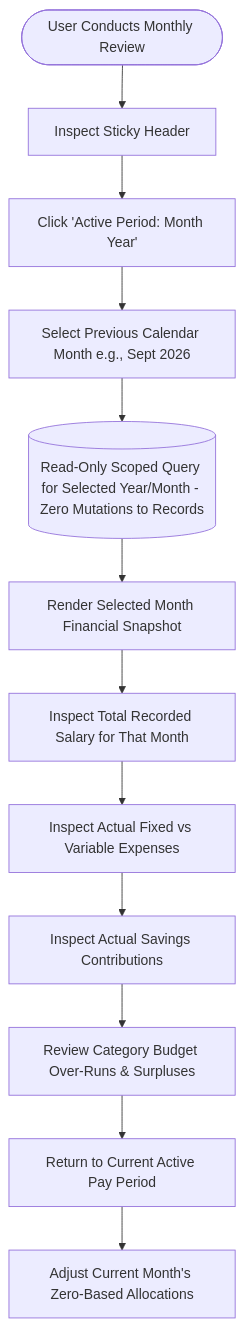
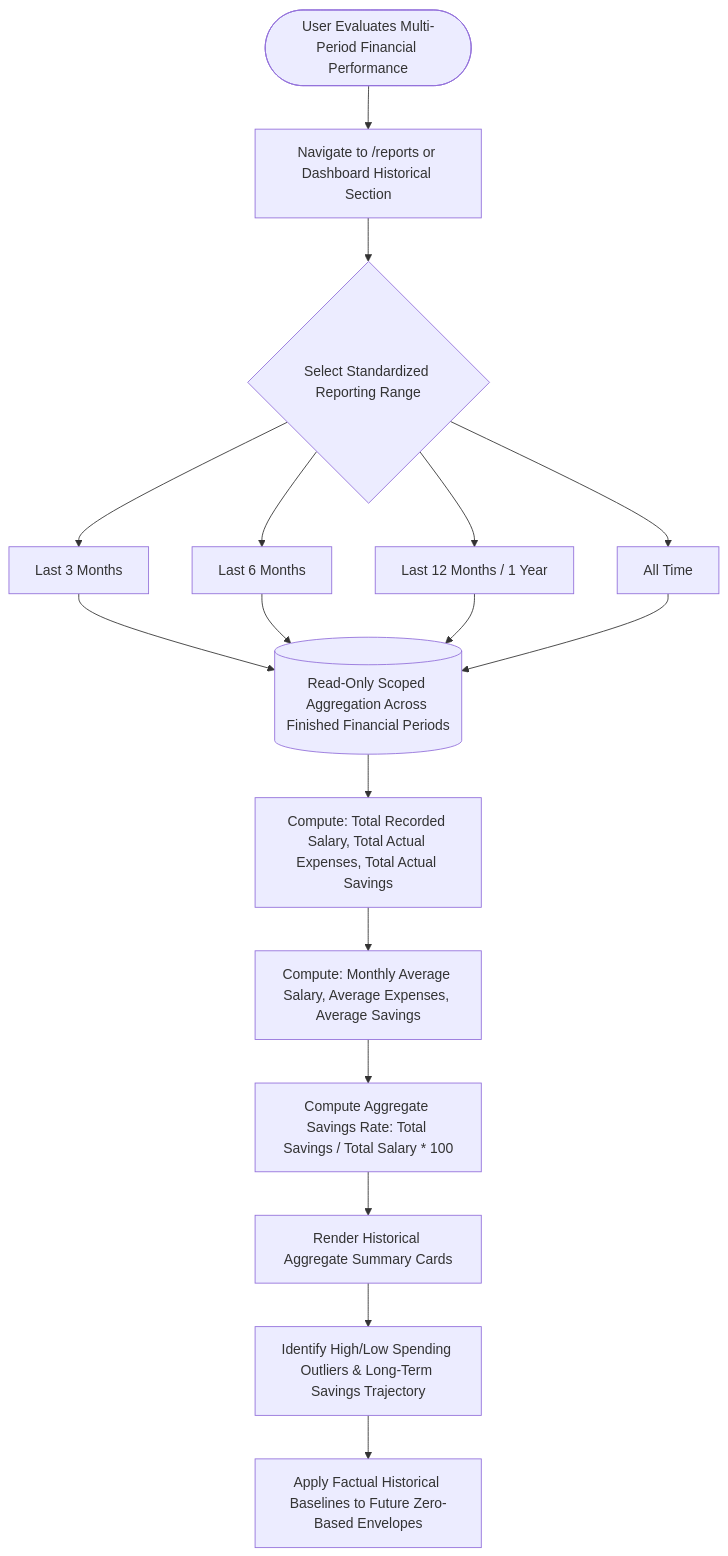
One commit to zainrubi/Fintrack changed the sixth of 6 diagrams in docs/phase-2-information-architecture-and-user-flows.md. Above: the diagram before and after it, drawn with Mermaid. The commit also changed other lines of this file, not shown here.

````diff
--- a/docs/phase-2-information-architecture-and-user-flows.md
+++ b/docs/phase-2-information-architecture-and-user-flows.md
@@ -266,17 +321,19 @@
 ```mermaid
 flowchart TD
-    Review([User Conducts Monthly Review]) --> OpenHeader[Inspect Sticky Header]
-    OpenHeader --> ClickPeriodSwitcher[Click 'Active Period: Month Year']
-    ClickPeriodSwitcher --> SelectPriorMonth[Select Previous Calendar Month e.g., Sept 2026]
+    HistoricalAudit([User Evaluates Multi-Period Financial Performance]) --> OpenReports[Navigate to /reports or Dashboard Historical Section]
+    OpenReports --> SelectReportingRange{Select Standardized Reporting Range}
 
-    SelectPriorMonth --> FetchPeriodData[(Read-Only Scoped Query for Selected Year/Month - Zero Mutations to Records)]
-    FetchPeriodData --> RenderPastDashboard[Render Selected Month Financial Snapshot]
+    SelectReportingRange --> Range3M[Last 3 Months]
+    SelectReportingRange --> Range6M[Last 6 Months]
+    SelectReportingRange --> Range12M[Last 12 Months / 1 Year]
+    SelectReportingRange --> RangeAll[All Time]
 
-    RenderPastDashboard --> AuditInflow[Inspect Total Recorded Salary for That Month]
-    AuditInflow --> AuditOutflows[Inspect Actual Fixed vs Variable Expenses]
-    AuditOutflows --> AuditSavings[Inspect Actual Savings Contributions]
-    AuditSavings --> AuditVariance[Review Category Budget Over-Runs & Surpluses]
-    
-    AuditVariance --> SwitchToActive[Return to Current Active Pay Period]
-    SwitchToActive --> ApplyLessons[Adjust Current Month's Zero-Based Allocations]
+    Range3M & Range6M & Range12M & RangeAll --> QueryPeriods[(Read-Only Scoped Aggregation Across Finished Financial Periods)]
+    QueryPeriods --> ComputeTotals[Compute: Total Recorded Salary, Total Actual Expenses, Total Actual Savings]
+    ComputeTotals --> ComputeAverages[Compute: Monthly Average Salary, Average Expenses, Average Savings]
+    ComputeAverages --> ComputeSavingsRate[Compute Aggregate Savings Rate: Total Savings / Total Salary * 100]
+
+    ComputeSavingsRate --> RenderSummaryCards[Render Historical Aggregate Summary Cards]
+    RenderSummaryCards --> EvaluateTrends[Identify High/Low Spending Outliers & Long-Term Savings Trajectory]
+    EvaluateTrends --> InformFutureBudgets[Apply Factual Historical Baselines to Future Zero-Based Envelopes]
 ```
````
